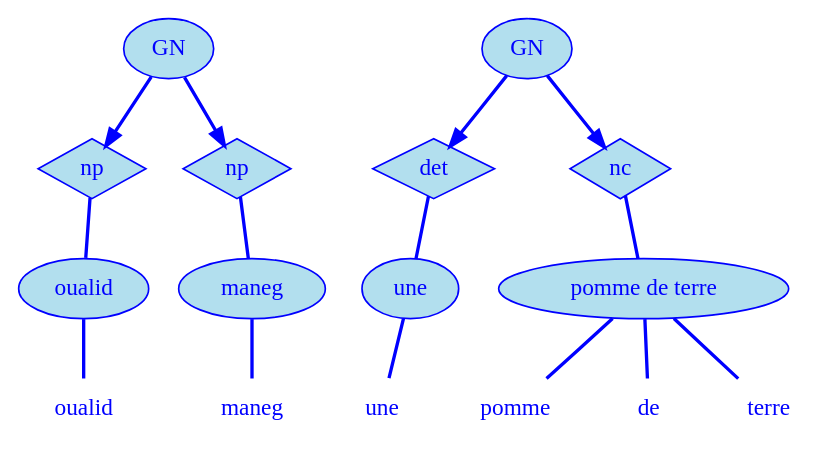
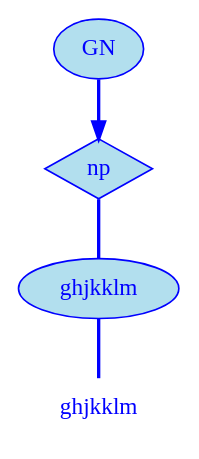
Before and after one commit to oualid13/MacaWeb: the diagram in version-ser/js/mc1s1.dot, drawn with Graphviz. The commit also changed 3 other files, not shown here.

```diff
--- a/version-ser/js/mc1s1.dot
+++ b/version-ser/js/mc1s1.dot
@@ -1,34 +1,11 @@
 digraph g {
 	node [label="\N"];
-	graph [bb="0,0,480,252"];
-	"mc1s1_t1#token84" [label=oualid, shape=plaintext, fillcolor=lightblue2, fontcolor=blue, pos="39,18", width="0.78", height="0.50"];
-	"mc1s1_W1#wordmc1s1_t1#token" [label=oualid, shape=ellipse, fillcolor=lightblue2, fontcolor=blue, color=blue, style=filled, pos="39,90", width="1.08", height="0.50"];
-	"mc1s1_P13#pos" [label=np, shape=diamond, fillcolor=lightblue2, fontcolor=blue, color=blue, style=filled, pos="47,162", width="0.75", height="0.50"];
-	"mc1s1_t3#token87" [label=maneg, shape=plaintext, fillcolor=lightblue2, fontcolor=blue, pos="140,18", width="0.86", height="0.50"];
-	"mc1s1_W2#wordmc1s1_t3#token" [label=maneg, shape=ellipse, fillcolor=lightblue2, fontcolor=blue, color=blue, style=filled, pos="140,90", width="1.22", height="0.50"];
-	"mc1s1_P38#pos" [label=np, shape=diamond, fillcolor=lightblue2, fontcolor=blue, color=blue, style=filled, pos="126,162", width="0.75", height="0.50"];
-	"mc1s1_chk0#chunk" [label=GN, fillcolor=lightblue2, fontcolor=blue, color=blue, style=filled, arrowhead=doubleoctagon, pos="87,234", width="0.75", height="0.50"];
-	"mc1s1_t5#token78" [label=une, shape=plaintext, fillcolor=lightblue2, fontcolor=blue, pos="225,18", width="0.75", height="0.50"];
-	"mc1s1_W3#wordmc1s1_t5#token" [label=une, shape=ellipse, fillcolor=lightblue2, fontcolor=blue, color=blue, style=filled, pos="234,90", width="0.81", height="0.50"];
-	"mc1s1_P52L1#pos" [label=det, shape=diamond, fillcolor=lightblue2, fontcolor=blue, color=blue, style=filled, pos="251,162", width="0.75", height="0.50"];
-	"mc1s1_t7#token16" [label=pomme, shape=plaintext, fillcolor=lightblue2, fontcolor=blue, pos="303,18", width="0.92", height="0.50"];
-	"mc1s1_t9#token94" [label=de, shape=plaintext, fillcolor=lightblue2, fontcolor=blue, pos="381,18", width="0.75", height="0.50"];
-	"mc1s1_t11#token36" [label=terre, shape=plaintext, fillcolor=lightblue2, fontcolor=blue, pos="453,18", width="0.75", height="0.50"];
-	"mc1s1_W7#wordmc1s1_t7#tokenmc1s1_t8#tokenmc1s1_t9#tokenmc1s1_t10#tokenmc1s1_t11#token" [label="pomme de terre", shape=ellipse, fillcolor=lightblue2, fontcolor=blue, color=blue, style=filled, pos="375,90", width="2.42", height="0.50"];
-	"mc1s1_P56L1#pos" [label=nc, shape=diamond, fillcolor=lightblue2, fontcolor=blue, color=blue, style=filled, pos="357,162", width="0.75", height="0.50"];
-	"mc1s1_chk3#chunk" [label=GN, fillcolor=lightblue2, fontcolor=blue, color=blue, style=filled, arrowhead=doubleoctagon, pos="304,234", width="0.75", height="0.50"];
-	"mc1s1_W1#wordmc1s1_t1#token" -> "mc1s1_t1#token84" [arrowhead=none, color=blue, fontcolor=blue, style=bold, minlen=1, pos="39,72 39,61 39,47 39,36"];
-	"mc1s1_P13#pos" -> "mc1s1_W1#wordmc1s1_t1#token" [arrowhead=none, color=blue, fontcolor=blue, style=bold, minlen=1, pos="45,145 44,134 42,119 41,108"];
-	"mc1s1_W2#wordmc1s1_t3#token" -> "mc1s1_t3#token87" [arrowhead=none, color=blue, fontcolor=blue, style=bold, minlen=1, pos="140,72 140,61 140,47 140,36"];
-	"mc1s1_P38#pos" -> "mc1s1_W2#wordmc1s1_t3#token" [arrowhead=none, color=blue, fontcolor=blue, style=bold, minlen=1, pos="129,146 131,135 134,120 136,108"];
-	"mc1s1_chk0#chunk" -> "mc1s1_P13#pos" [color=blue, fontcolor=blue, style=bold, minlen=1, shape=normal, pos="e,54,175 78,217 73,207 65,194 59,184"];
-	"mc1s1_chk0#chunk" -> "mc1s1_P38#pos" [color=blue, fontcolor=blue, style=bold, minlen=1, shape=normal, pos="e,119,176 96,217 101,208 108,195 114,185"];
-	"mc1s1_W3#wordmc1s1_t5#token" -> "mc1s1_t5#token78" [arrowhead=none, color=blue, fontcolor=blue, style=bold, minlen=1, pos="232,72 230,61 229,47 227,36"];
-	"mc1s1_P52L1#pos" -> "mc1s1_W3#wordmc1s1_t5#token" [arrowhead=none, color=blue, fontcolor=blue, style=bold, minlen=1, pos="247,146 244,135 241,120 238,108"];
-	"mc1s1_W7#wordmc1s1_t7#tokenmc1s1_t8#tokenmc1s1_t9#tokenmc1s1_t10#tokenmc1s1_t11#token" -> "mc1s1_t7#token16" [arrowhead=none, color=blue, fontcolor=blue, style=bold, minlen=1, pos="357,72 346,61 332,47 321,36"];
-	"mc1s1_W7#wordmc1s1_t7#tokenmc1s1_t8#tokenmc1s1_t9#tokenmc1s1_t10#tokenmc1s1_t11#token" -> "mc1s1_t9#token94" [arrowhead=none, color=blue, fontcolor=blue, style=bold, minlen=1, pos="377,72 378,61 379,47 379,36"];
-	"mc1s1_W7#wordmc1s1_t7#tokenmc1s1_t8#tokenmc1s1_t9#tokenmc1s1_t10#tokenmc1s1_t11#token" -> "mc1s1_t11#token36" [arrowhead=none, color=blue, fontcolor=blue, style=bold, minlen=1, pos="394,72 406,61 421,47 433,36"];
-	"mc1s1_P56L1#pos" -> "mc1s1_W7#wordmc1s1_t7#tokenmc1s1_t8#tokenmc1s1_t9#tokenmc1s1_t10#tokenmc1s1_t11#token" [arrowhead=none, color=blue, fontcolor=blue, style=bold, minlen=1, pos="361,146 364,135 367,120 370,108"];
-	"mc1s1_chk3#chunk" -> "mc1s1_P52L1#pos" [color=blue, fontcolor=blue, style=bold, minlen=1, shape=normal, pos="e,260,174 292,218 284,207 274,193 266,182"];
-	"mc1s1_chk3#chunk" -> "mc1s1_P56L1#pos" [color=blue, fontcolor=blue, style=bold, minlen=1, shape=normal, pos="e,348,174 316,218 324,207 334,193 342,182"];
+	graph [bb="0,0,96,252"];
+	"mc1s1_t1#token84" [label=ghjkklm, shape=plaintext, fillcolor=lightblue2, fontcolor=blue, pos="48,18", width="0.97", height="0.50"];
+	"mc1s1_W1#wordmc1s1_t1#token" [label=ghjkklm, shape=ellipse, fillcolor=lightblue2, fontcolor=blue, color=blue, style=filled, pos="48,90", width="1.33", height="0.50"];
+	"mc1s1_P13#pos" [label=np, shape=diamond, fillcolor=lightblue2, fontcolor=blue, color=blue, style=filled, pos="48,162", width="0.75", height="0.50"];
+	"mc1s1_chk0#chunk" [label=GN, fillcolor=lightblue2, fontcolor=blue, color=blue, style=filled, arrowhead=doubleoctagon, pos="48,234", width="0.75", height="0.50"];
+	"mc1s1_W1#wordmc1s1_t1#token" -> "mc1s1_t1#token84" [arrowhead=none, color=blue, fontcolor=blue, style=bold, minlen=1, pos="48,72 48,61 48,47 48,36"];
+	"mc1s1_P13#pos" -> "mc1s1_W1#wordmc1s1_t1#token" [arrowhead=none, color=blue, fontcolor=blue, style=bold, minlen=1, pos="48,144 48,133 48,119 48,108"];
+	"mc1s1_chk0#chunk" -> "mc1s1_P13#pos" [color=blue, fontcolor=blue, style=bold, minlen=1, shape=normal, pos="e,48,180 48,216 48,208 48,199 48,190"];
 }
```
